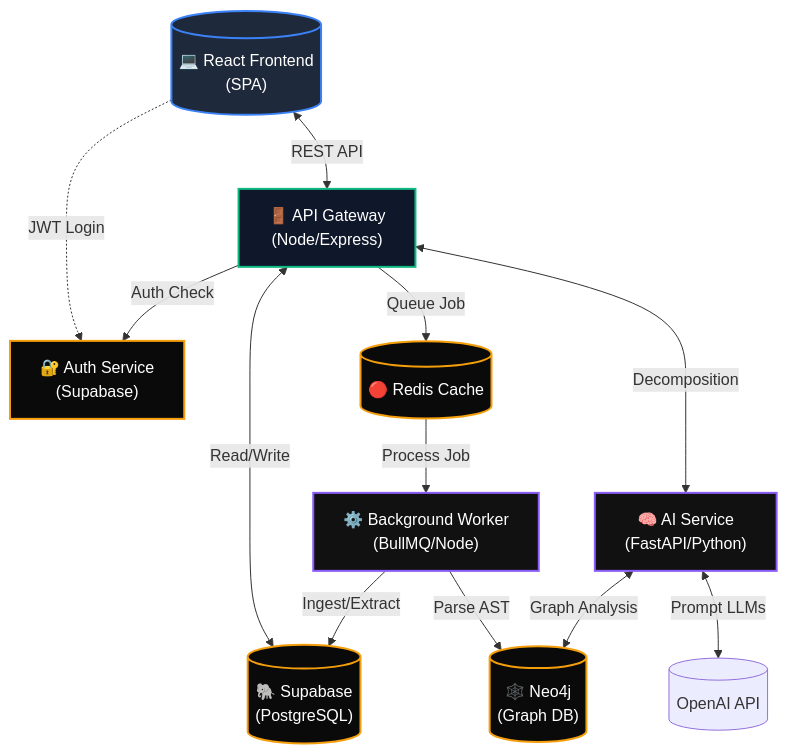
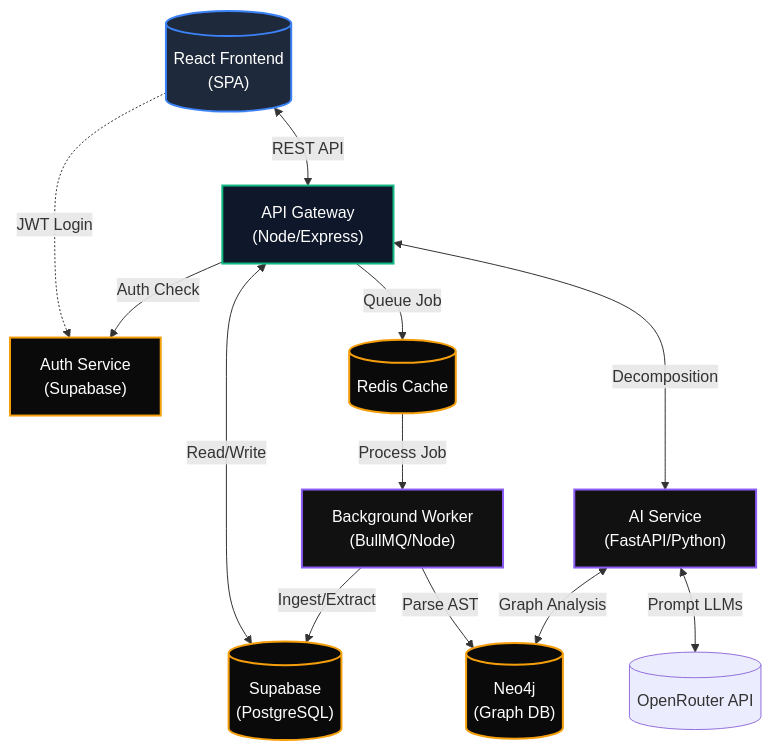
One commit to Tetra4ge/MonoMelt changed the first of 2 diagrams in README.md. Above: the diagram before and after it, drawn with Mermaid. The commit also changed other lines of this file and 4 other files, not shown here.

Commit message:
chore: added env example file for the background worker

````diff
--- a/README.md
+++ b/README.md
@@ -29,37 +29,37 @@
 ```mermaid
 graph TD
     %% Define Styles
     classDef client fill:#1E293B,stroke:#3B82F6,stroke-width:2px,color:#fff
     classDef gateway fill:#0F172A,stroke:#10B981,stroke-width:2px,color:#fff
     classDef service fill:#111,stroke:#8B5CF6,stroke-width:2px,color:#fff
     classDef data fill:#0a0a0a,stroke:#F59E0B,stroke-width:2px,color:#fff
     
     %% Nodes
-    Client[("💻 React Frontend<br/>(SPA)")]:::client
+    Client[("React Frontend<br/>(SPA)")]:::client
     
-    Gateway["🚪 API Gateway<br/>(Node/Express)"]:::gateway
+    Gateway["API Gateway<br/>(Node/Express)"]:::gateway
     
-    Auth["🔐 Auth Service<br/>(Supabase)"]:::data
-    Worker["⚙️ Background Worker<br/>(BullMQ/Node)"]:::service
-    AI["🧠 AI Service<br/>(FastAPI/Python)"]:::service
+    Auth["Auth Service<br/>(Supabase)"]:::data
+    Worker["Background Worker<br/>(BullMQ/Node)"]:::service
+    AI["AI Service<br/>(FastAPI/Python)"]:::service
     
-    Redis[("🔴 Redis Cache")]:::data
-    Postgres[("🐘 Supabase<br/>(PostgreSQL)")]:::data
-    Neo4j[("🕸️ Neo4j<br/>(Graph DB)")]:::data
+    Redis[("Redis Cache")]:::data
+    Postgres[("Supabase<br/>(PostgreSQL)")]:::data
+    Neo4j[("Neo4j<br/>(Graph DB)")]:::data
     
     %% Connections
     Client <-->|REST API| Gateway
     Client -.->|JWT Login| Auth
     
     Gateway -->|Auth Check| Auth
     Gateway -->|Queue Job| Redis
     Gateway <-->|Read/Write| Postgres
     Gateway <-->|Decomposition| AI
     
     Redis -->|Process Job| Worker
     Worker -->|Ingest/Extract| Postgres
     Worker -->|Parse AST| Neo4j
     
     AI <-->|Graph Analysis| Neo4j
-    AI <-->|Prompt LLMs| External[("OpenAI API")]
+    AI <-->|Prompt LLMs| External[("OpenRouter API")]
 ```
````
